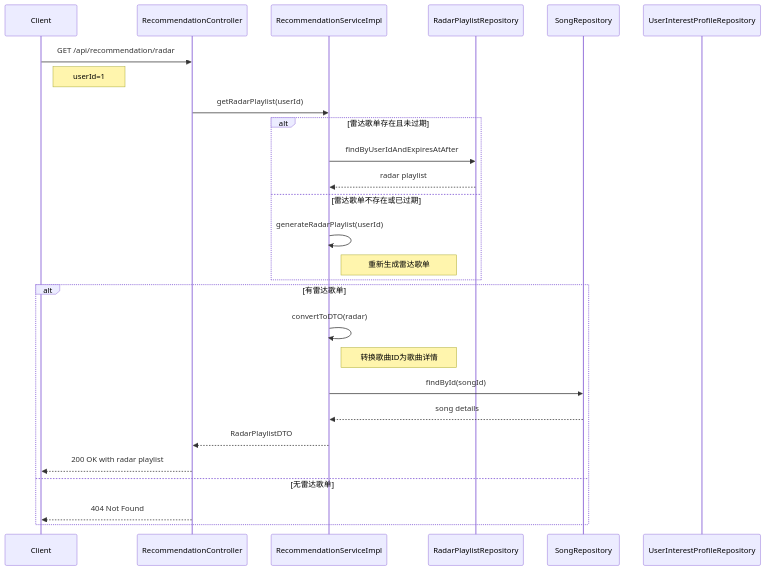
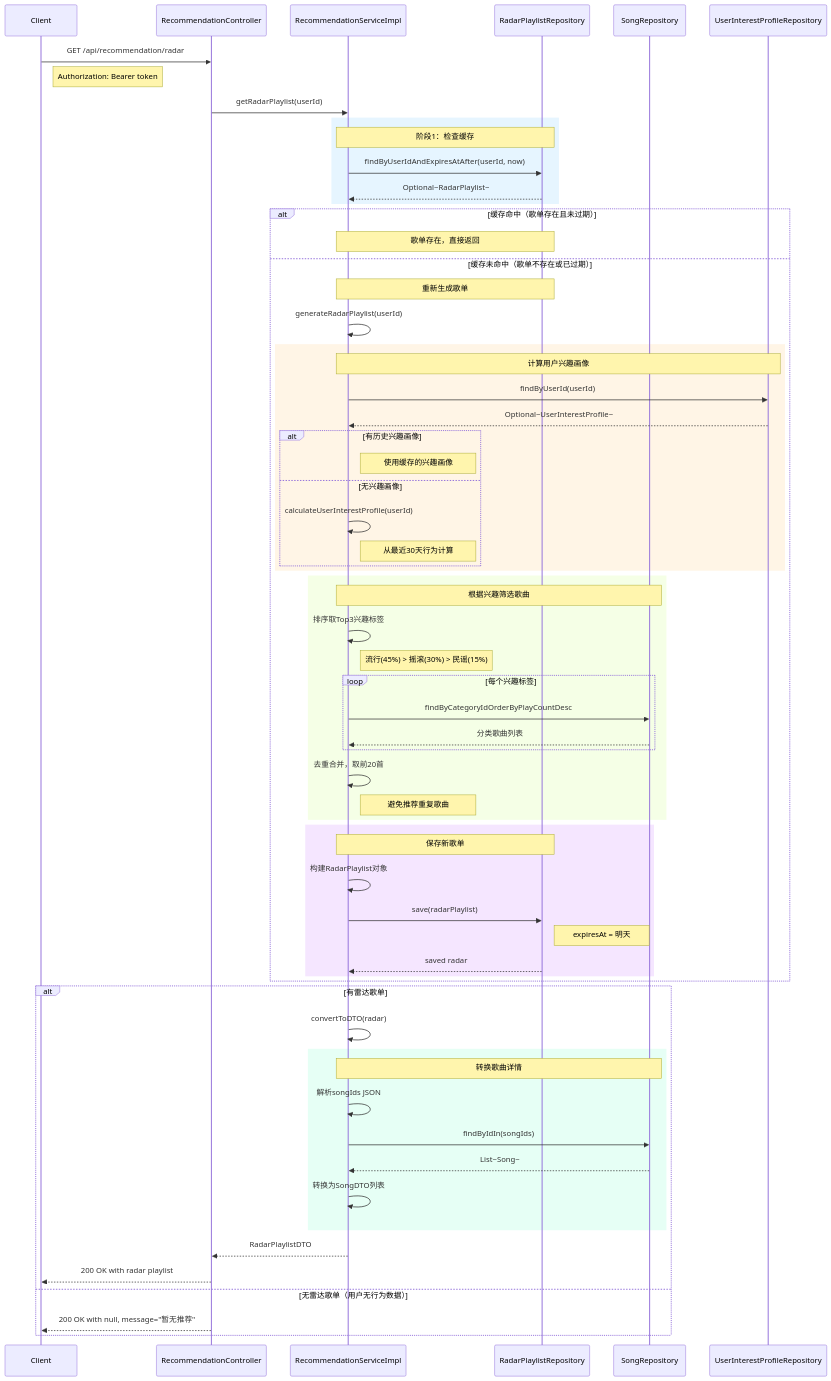
One commit to kewangzhen/fly-music changed the tenth of 34 diagrams in doc/类图与时序图.md. Above: the diagram before and after it, drawn with Mermaid. The commit also changed other lines of this file and 13 other files, not shown here.

First line of the commit message:
feat: 添加Docker部署文件、热门榜单类图时序图细化及ACE-Step服务更新

````diff
--- a/doc/类图与时序图.md
+++ b/doc/类图与时序图.md
@@ -459,32 +507,78 @@
 ```mermaid
 sequenceDiagram
     participant Client
     participant RecommendationController
     participant RecommendationServiceImpl
     participant RadarPlaylistRepository
     participant SongRepository
     participant UserInterestProfileRepository
 
     Client->>RecommendationController: GET /api/recommendation/radar
-    Note right of Client: userId=1
+    Note right of Client: Authorization: Bearer token
     RecommendationController->>RecommendationServiceImpl: getRadarPlaylist(userId)
 
-    alt 雷达歌单存在且未过期
-        RecommendationServiceImpl->>RadarPlaylistRepository: findByUserIdAndExpiresAtAfter
-        RadarPlaylistRepository-->>RecommendationServiceImpl: radar playlist
-    else 雷达歌单不存在或已过期
+    rect rgb(230, 245, 255)
+        Note over RecommendationServiceImpl,RadarPlaylistRepository: 阶段1：检查缓存
+        RecommendationServiceImpl->>RadarPlaylistRepository: findByUserIdAndExpiresAtAfter(userId, now)
+        RadarPlaylistRepository-->>RecommendationServiceImpl: Optional~RadarPlaylist~
+    end
+
+    alt 缓存命中（歌单存在且未过期）
+        Note over RecommendationServiceImpl,RadarPlaylistRepository: 歌单存在，直接返回
+    else 缓存未命中（歌单不存在或已过期）
+        Note over RecommendationServiceImpl,RadarPlaylistRepository: 重新生成歌单
         RecommendationServiceImpl->>RecommendationServiceImpl: generateRadarPlaylist(userId)
-        Note right of RecommendationServiceImpl: 重新生成雷达歌单
+        
+        rect rgb(255, 245, 230)
+            Note over RecommendationServiceImpl,UserInterestProfileRepository: 计算用户兴趣画像
+            RecommendationServiceImpl->>UserInterestProfileRepository: findByUserId(userId)
+            UserInterestProfileRepository-->>RecommendationServiceImpl: Optional~UserInterestProfile~
+            
+            alt 有历史兴趣画像
+                Note right of RecommendationServiceImpl: 使用缓存的兴趣画像
+            else 无兴趣画像
+                RecommendationServiceImpl->>RecommendationServiceImpl: calculateUserInterestProfile(userId)
+                Note right of RecommendationServiceImpl: 从最近30天行为计算
+            end
+        end
+        
+        rect rgb(245, 255, 230)
+            Note over RecommendationServiceImpl,SongRepository: 根据兴趣筛选歌曲
+            RecommendationServiceImpl->>RecommendationServiceImpl: 排序取Top3兴趣标签
+            Note right of RecommendationServiceImpl: 流行(45%) > 摇滚(30%) > 民谣(15%)
+            
+            loop 每个兴趣标签
+                RecommendationServiceImpl->>SongRepository: findByCategoryIdOrderByPlayCountDesc
+                SongRepository-->>RecommendationServiceImpl: 分类歌曲列表
+            end
+            
+            RecommendationServiceImpl->>RecommendationServiceImpl: 去重合并，取前20首
+            Note right of RecommendationServiceImpl: 避免推荐重复歌曲
+        end
+        
+        rect rgb(245, 230, 255)
+            Note over RecommendationServiceImpl,RadarPlaylistRepository: 保存新歌单
+            RecommendationServiceImpl->>RecommendationServiceImpl: 构建RadarPlaylist对象
+            RecommendationServiceImpl->>RadarPlaylistRepository: save(radarPlaylist)
+            Note right of RadarPlaylistRepository: expiresAt = 明天
+            RadarPlaylistRepository-->>RecommendationServiceImpl: saved radar
+        end
     end
 
     alt 有雷达歌单
         RecommendationServiceImpl->>RecommendationServiceImpl: convertToDTO(radar)
-        Note right of RecommendationServiceImpl: 转换歌曲ID为歌曲详情
-        RecommendationServiceImpl->>SongRepository: findById(songId)
-        SongRepository-->>RecommendationServiceImpl: song details
+        
+        rect rgb(230, 255, 245)
+            Note over RecommendationServiceImpl,SongRepository: 转换歌曲详情
+            RecommendationServiceImpl->>RecommendationServiceImpl: 解析songIds JSON
+            RecommendationServiceImpl->>SongRepository: findByIdIn(songIds)
+            SongRepository-->>RecommendationServiceImpl: List~Song~
+            RecommendationServiceImpl->>RecommendationServiceImpl: 转换为SongDTO列表
+        end
+        
         RecommendationServiceImpl-->>RecommendationController: RadarPlaylistDTO
         RecommendationController-->>Client: 200 OK with radar playlist
-    else 无雷达歌单
-        RecommendationController-->>Client: 404 Not Found
+    else 无雷达歌单（用户无行为数据）
+        RecommendationController-->>Client: 200 OK with null, message="暂无推荐"
     end
 ```
````
